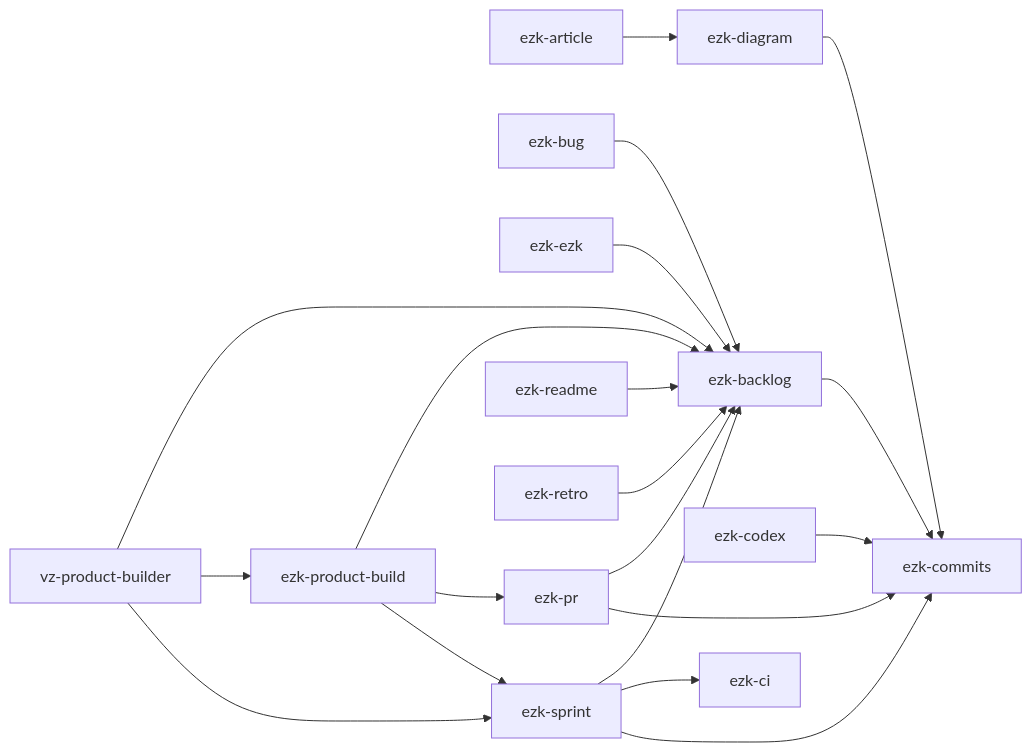
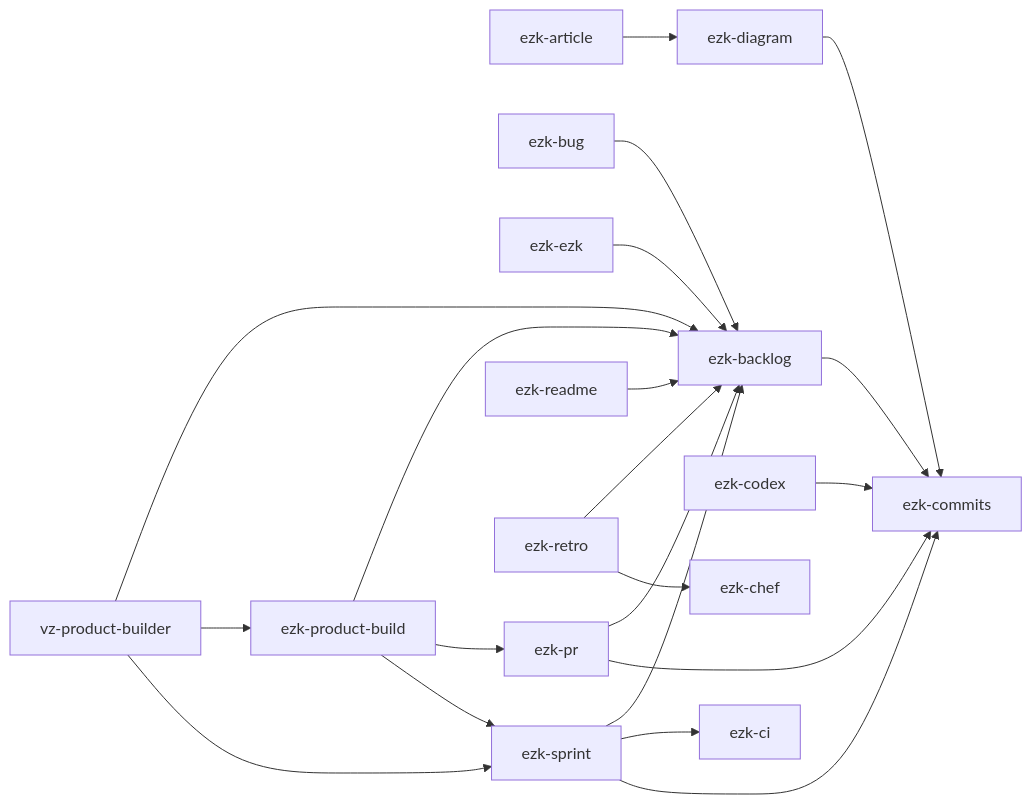
Before and after one commit to elzinko/vectorz: the diagram in products/mega-city/skills/README.md, drawn with Mermaid. The commit also changed 2 other files, not shown here.

Commit message:
feat(ezk-retro): invoque ezk-chef suggest en fin de sprint + propose une fiche-recette
Fiche 20260831075615969. La ceremonie ezk-retro (perimetre sprint)
materialise rapport + recit de galeres (entrees transitoires), invoque
ezk-chef suggest AVANT le garde-fou 'pas de symptome', ajoute le type
'recette' au temps 3 (case d'acceptation jamais pre-remplie), et cree la
fiche 'creer la recette X' au temps 5 seulement apres feu vert PO.
Garde-fous: source = galeres attribuees (deja impose par ezk-chef) ;
ezk-archive reste seul graveur de docs/sessions (zero doublon).
composes: +ezk-chef -> graphe README + carte map:data regeneres.

````diff
--- a/products/mega-city/skills/README.md
+++ b/products/mega-city/skills/README.md
@@ -49,22 +49,23 @@
 ```mermaid
 flowchart LR
     ezk-article --> ezk-diagram
     ezk-backlog --> ezk-commits
     ezk-bug --> ezk-backlog
     ezk-codex --> ezk-commits
     ezk-diagram --> ezk-commits
     ezk-ezk --> ezk-backlog
     ezk-pr --> ezk-backlog
     ezk-pr --> ezk-commits
     ezk-product-build --> ezk-backlog
     ezk-product-build --> ezk-pr
     ezk-product-build --> ezk-sprint
     ezk-readme --> ezk-backlog
     ezk-retro --> ezk-backlog
+    ezk-retro --> ezk-chef
     ezk-sprint --> ezk-backlog
     ezk-sprint --> ezk-ci
     ezk-sprint --> ezk-commits
     vz-product-builder --> ezk-backlog
     vz-product-builder --> ezk-product-build
     vz-product-builder --> ezk-sprint
 ```
````
